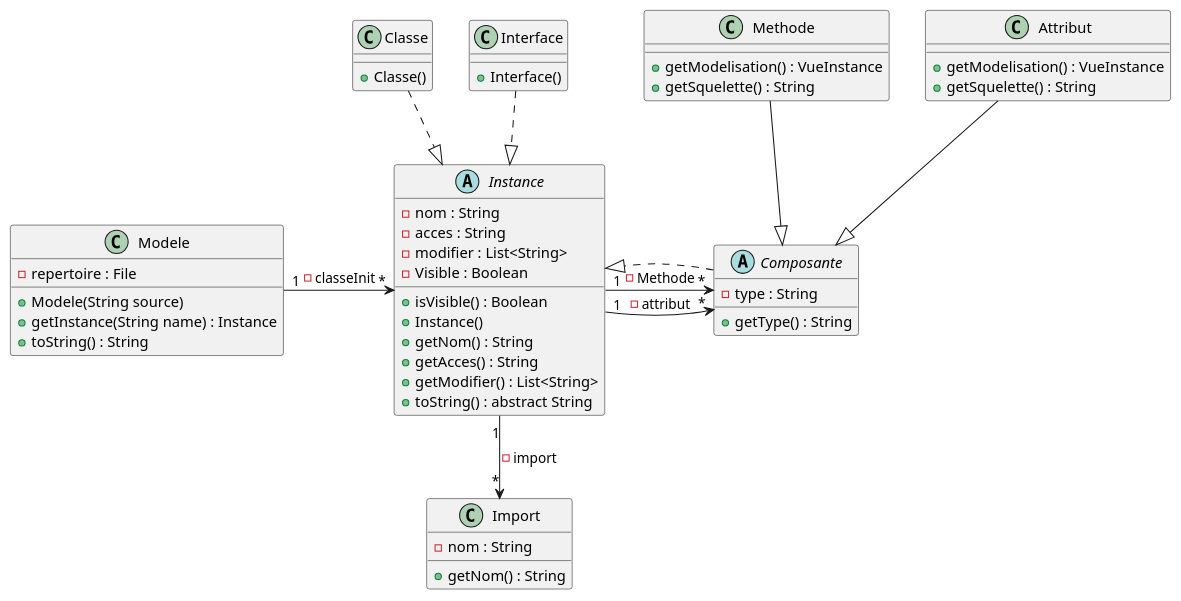
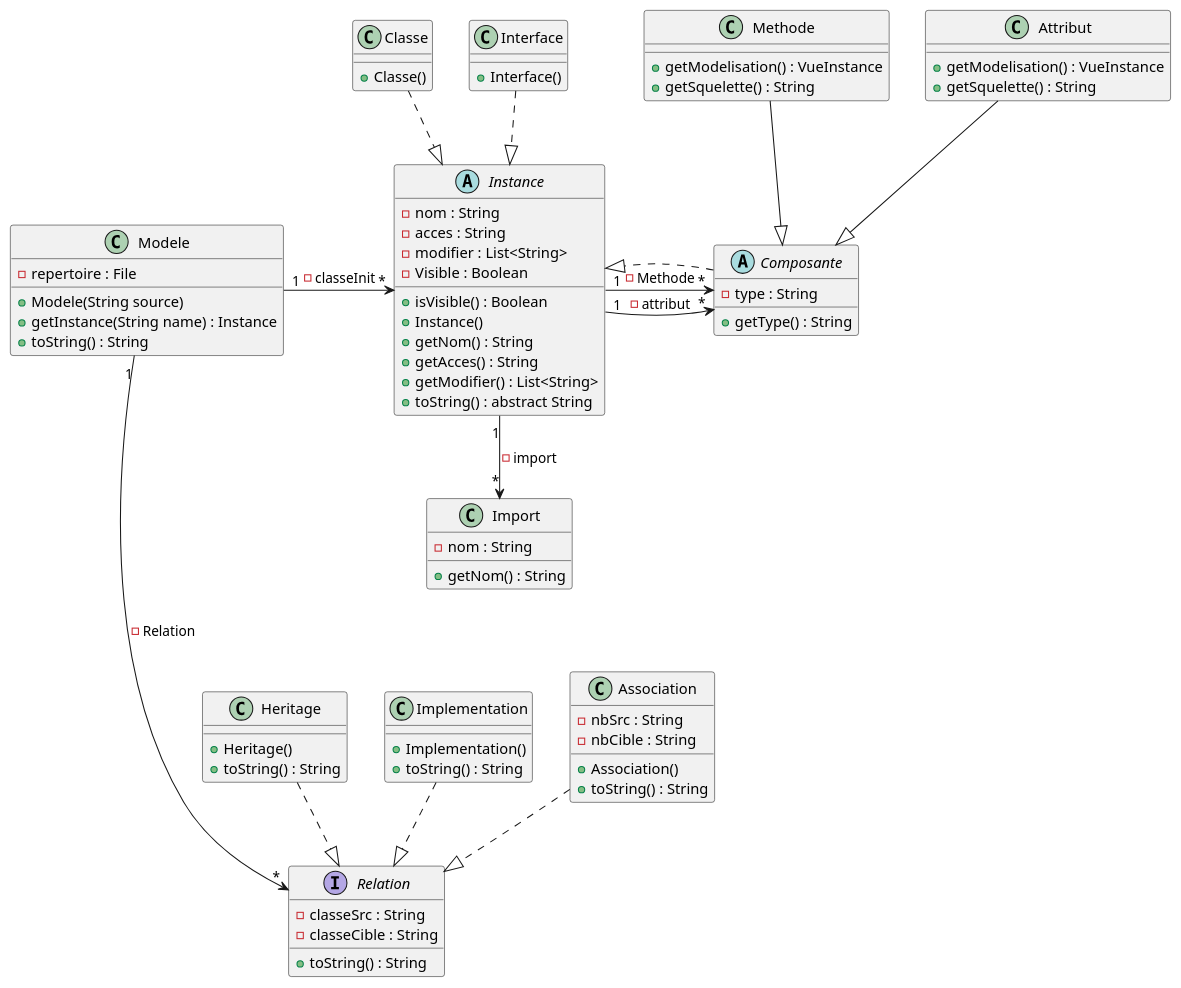
Before and after one commit to Cedran-Bastien/GENERATION-AUTOMATIQUE-DE-DIAGRAMME-DE-CLASSES: the diagram in demo/Conception/Sprint_1/Class.puml, drawn with PlantUML.

Commit message:
Ajout Diagramme de classe Sprint 1

```diff
--- a/demo/Conception/Sprint_1/Class.puml
+++ b/demo/Conception/Sprint_1/Class.puml
@@ -1,63 +1,90 @@
 @startuml
 'https://plantuml.com/sequence-diagram
 
 abstract Instance{
     -nom : String
     -acces : String
     -modifier : List<String>
     -Visible : Boolean
     +isVisible() : Boolean
     +Instance()
     +getNom() : String
     +getAcces() : String
     +getModifier() : List<String>
     +toString() : abstract String
 }
 
 class Classe{
     +Classe()
 }
 
 class Interface{
     +Interface()
 }
 
 abstract Composante{
     -type : String
     +getType() : String
 }
 
 class Methode{
     +getModelisation() : VueInstance
     +getSquelette() : String
 }
 
 class Attribut{
     +getModelisation() : VueInstance
     +getSquelette() : String
 }
 
 class Import{
     -nom : String
     +getNom() : String
 }
 
 class Modele{
     -repertoire : File
     +Modele(String source)
     +getInstance(String name) : Instance
     +toString() : String
 }
 
+interface Relation{
+    -classeSrc : String
+    -classeCible : String
+    +toString() : String
+}
+
+class Heritage{
+    +Heritage()
+    +toString() : String
+}
+
+class Implementation{
+    +Implementation()
+    +toString() : String
+}
+
+class Association {
+    -nbSrc : String
+    -nbCible : String
+    +Association()
+    +toString() : String
+}
+
 
 Modele "1" -> "*" Instance  : -classeInit
 Instance "1" -> "*" Composante : -attribut
 Instance "1" -> "*" Composante : -Methode
 Instance "1" --> "*" Import : -import
 Classe ..|> Instance
 Interface ..|> Instance
 Methode --|> Composante
 Attribut --|> Composante
 Composante ..|> Instance
+Modele "1" ----> "*"  Relation : -Relation
+Association ..|> Relation
+Heritage ..|> Relation
+Implementation ..|> Relation
 
 @enduml
```
